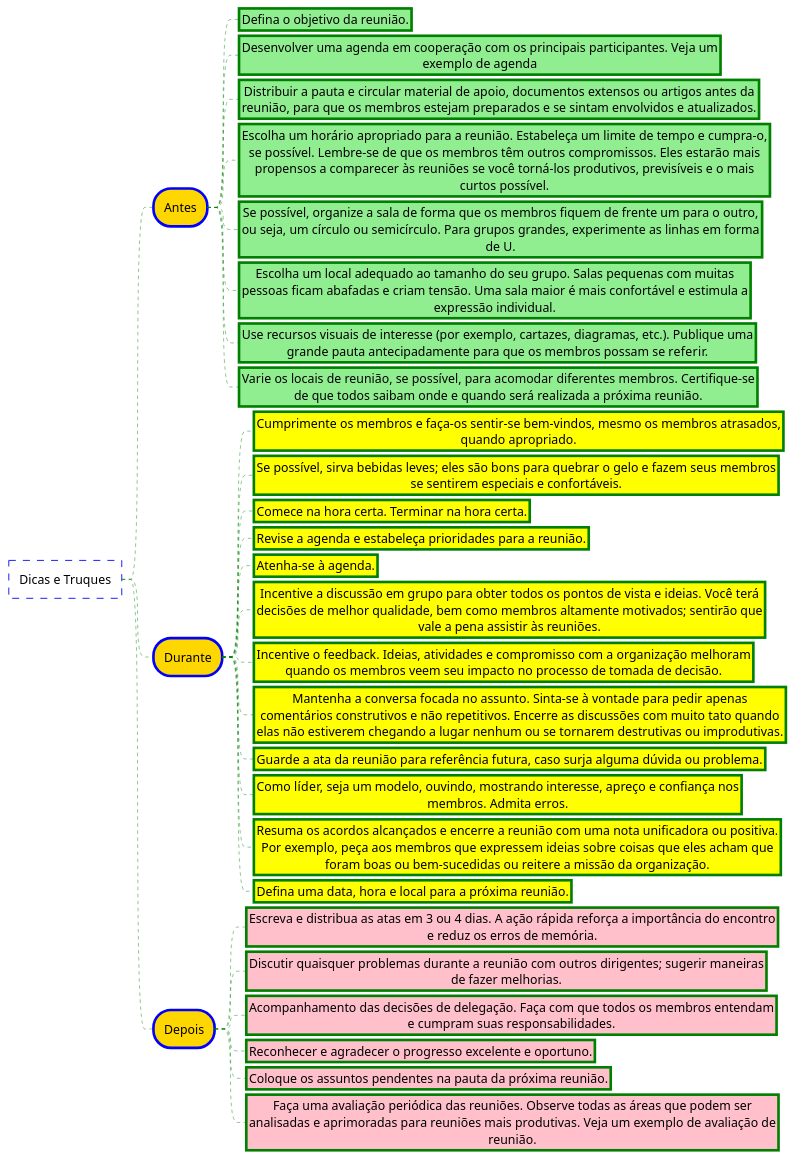
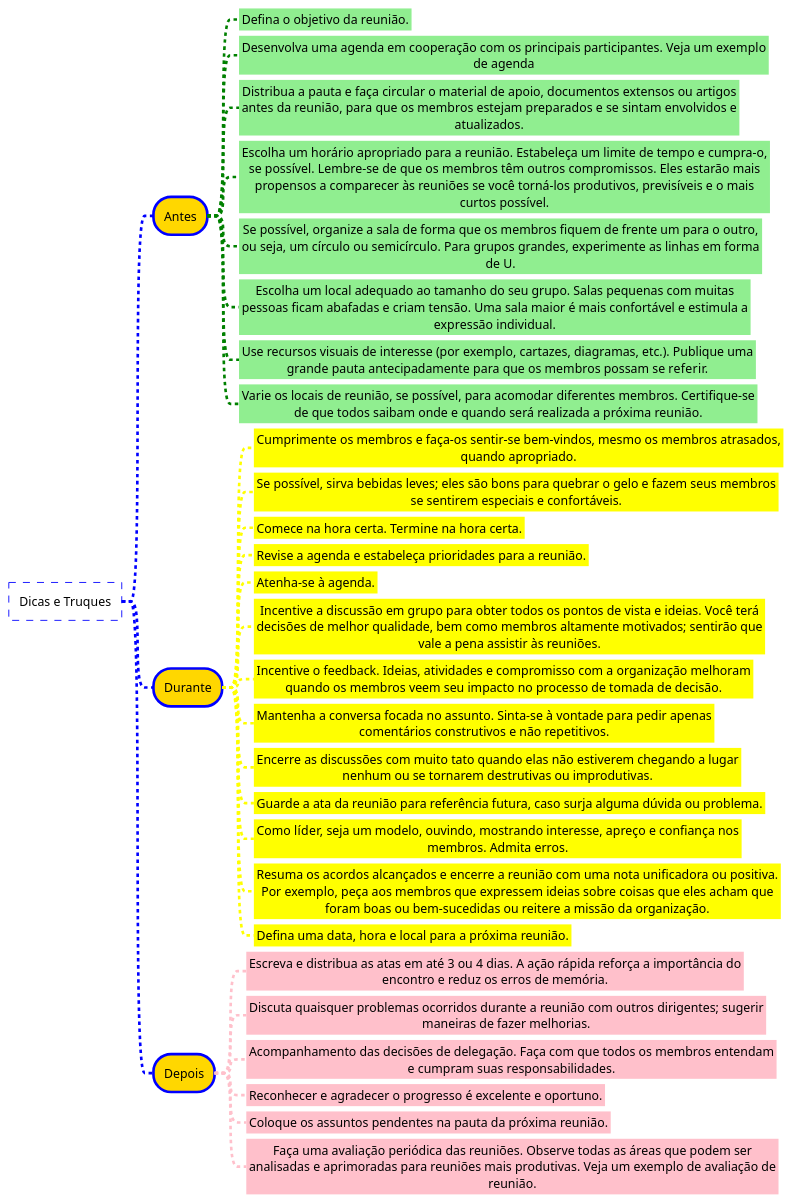
Before and after one commit to GiovaniPM/MyCourses: the diagram in Meetings/reuniao.md, drawn with PlantUML.

Commit message:
giova(DESKTOP-PG18CKU) 210502133225

```diff
--- a/Meetings/reuniao.md
+++ b/Meetings/reuniao.md
@@ -22,7 +22,7 @@
 }
 
 leafNode {
-    LineColor green
+    LineColor none
     BackgroundColor lightgreen
     RoundCorner 0
     Padding 3
@@ -31,15 +31,23 @@
 arrow {
     ;LineStyle 4
     ;LineThickness 0.5
+    LineThickness 3.0
+    LineColor blue
+}
+</style>
+
+* Dicas e Truques
+
+<style>
+arrow {
     LineColor green
 }
 </style>
 
-* Dicas e Truques
 ** Antes
 *** Defina o objetivo da reunião.
-*** Desenvolver uma agenda em cooperação com os principais participantes. Veja um exemplo de agenda
-*** Distribuir a pauta e circular material de apoio, documentos extensos ou artigos antes da reunião, para que os membros estejam preparados e se sintam envolvidos e atualizados.
+*** Desenvolva uma agenda em cooperação com os principais participantes. Veja um exemplo de agenda
+*** Distribua a pauta e faça circular o material de apoio, documentos extensos ou artigos antes da reunião, para que os membros estejam preparados e se sintam envolvidos e atualizados.
 *** Escolha um horário apropriado para a reunião. Estabeleça um limite de tempo e cumpra-o, se possível. Lembre-se de que os membros têm outros compromissos. Eles estarão mais propensos a comparecer às reuniões se você torná-los produtivos, previsíveis e o mais curtos possível.
 *** Se possível, organize a sala de forma que os membros fiquem de frente um para o outro, ou seja, um círculo ou semicírculo. Para grupos grandes, experimente as linhas em forma de U.
 *** Escolha um local adequado ao tamanho do seu grupo. Salas pequenas com muitas pessoas ficam abafadas e criam tensão. Uma sala maior é mais confortável e estimula a expressão individual.
@@ -48,22 +56,24 @@
 
 <style>
 leafNode {
-    LineColor green
     BackgroundColor yellow
-    RoundCorner 0
-    Padding 3
+}
+
+arrow {
+    LineColor yellow
 }
 </style>
 
 ** Durante
 *** Cumprimente os membros e faça-os sentir-se bem-vindos, mesmo os membros atrasados, quando apropriado.
 *** Se possível, sirva bebidas leves; eles são bons para quebrar o gelo e fazem seus membros se sentirem especiais e confortáveis.
-*** Comece na hora certa. Terminar na hora certa.
+*** Comece na hora certa. Termine na hora certa.
 *** Revise a agenda e estabeleça prioridades para a reunião.
 *** Atenha-se à agenda.
 *** Incentive a discussão em grupo para obter todos os pontos de vista e ideias. Você terá decisões de melhor qualidade, bem como membros altamente motivados; sentirão que vale a pena assistir às reuniões.
 *** Incentive o feedback. Ideias, atividades e compromisso com a organização melhoram quando os membros veem seu impacto no processo de tomada de decisão.
-*** Mantenha a conversa focada no assunto. Sinta-se à vontade para pedir apenas comentários construtivos e não repetitivos. Encerre as discussões com muito tato quando elas não estiverem chegando a lugar nenhum ou se tornarem destrutivas ou improdutivas.
+*** Mantenha a conversa focada no assunto. Sinta-se à vontade para pedir apenas comentários construtivos e não repetitivos.
+*** Encerre as discussões com muito tato quando elas não estiverem chegando a lugar nenhum ou se tornarem destrutivas ou improdutivas.
 *** Guarde a ata da reunião para referência futura, caso surja alguma dúvida ou problema.
 *** Como líder, seja um modelo, ouvindo, mostrando interesse, apreço e confiança nos membros. Admita erros.
 *** Resuma os acordos alcançados e encerre a reunião com uma nota unificadora ou positiva. Por exemplo, peça aos membros que expressem ideias sobre coisas que eles acham que foram boas ou bem-sucedidas ou reitere a missão da organização.
@@ -71,18 +81,19 @@
 
 <style>
 leafNode {
-    LineColor green
     BackgroundColor pink
-    RoundCorner 0
-    Padding 3
+}
+
+arrow {
+    LineColor pink
 }
 </style>
 
 ** Depois
-*** Escreva e distribua as atas em 3 ou 4 dias. A ação rápida reforça a importância do encontro e reduz os erros de memória.
-*** Discutir quaisquer problemas durante a reunião com outros dirigentes; sugerir maneiras de fazer melhorias.
+*** Escreva e distribua as atas em até 3 ou 4 dias. A ação rápida reforça a importância do encontro e reduz os erros de memória.
+*** Discuta quaisquer problemas ocorridos durante a reunião com outros dirigentes; sugerir maneiras de fazer melhorias.
 *** Acompanhamento das decisões de delegação. Faça com que todos os membros entendam e cumpram suas responsabilidades.
-*** Reconhecer e agradecer o progresso excelente e oportuno.
+*** Reconhecer e agradecer o progresso é excelente e oportuno.
 *** Coloque os assuntos pendentes na pauta da próxima reunião.
 *** Faça uma avaliação periódica das reuniões. Observe todas as áreas que podem ser analisadas e aprimoradas para reuniões mais produtivas. Veja um exemplo de avaliação de reunião.
 @endmindmap
```
